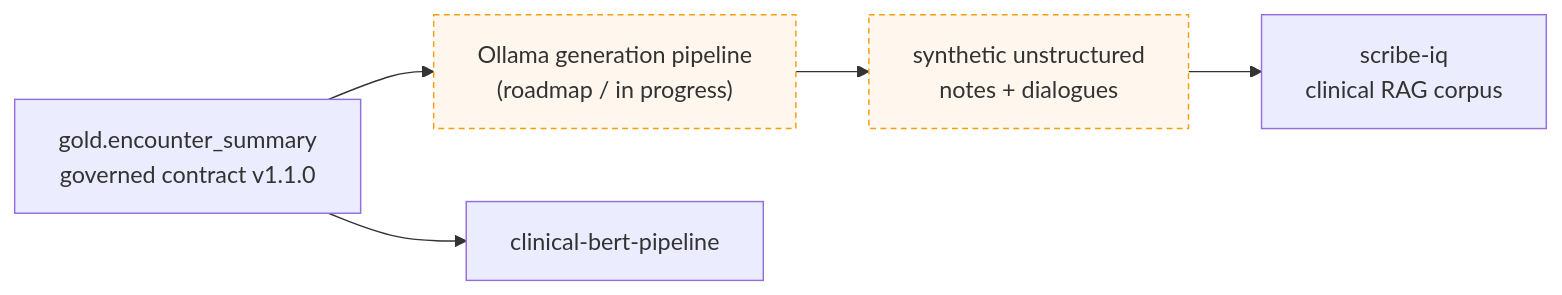
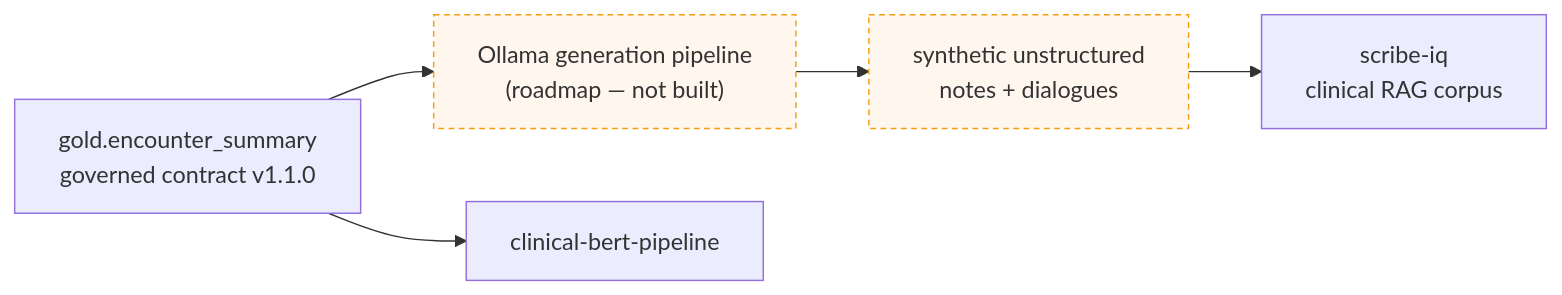
Before and after one commit to sandeep-jay/scribe-iq-lakehouse: the third of 3 diagrams in docs/index.md, drawn with Mermaid. The commit also changed other lines of this file and 10 other files, not shown here.

First line of the commit message:
docs(site): tighten ADR-022 framing, roadmap honesty, and number consistency

````diff
--- a/docs/index.md
+++ b/docs/index.md
@@ -212,12 +214,12 @@
 ```mermaid
 flowchart LR
     GD["gold.encounter_summary<br/>governed contract v1.1.0"]
-    OLL["Ollama generation pipeline<br/>(roadmap / in progress)"]
+    OLL["Ollama generation pipeline<br/>(roadmap — not built)"]
     NOTES["synthetic unstructured<br/>notes + dialogues"]
     SIQ["scribe-iq<br/>clinical RAG corpus"]
     BERT["clinical-bert-pipeline"]
     GD --> OLL --> NOTES --> SIQ
     GD --> BERT
     classDef road fill:#fff7ed,stroke:#f59e0b,stroke-dasharray:4 3;
     class OLL,NOTES road
 ```
````
